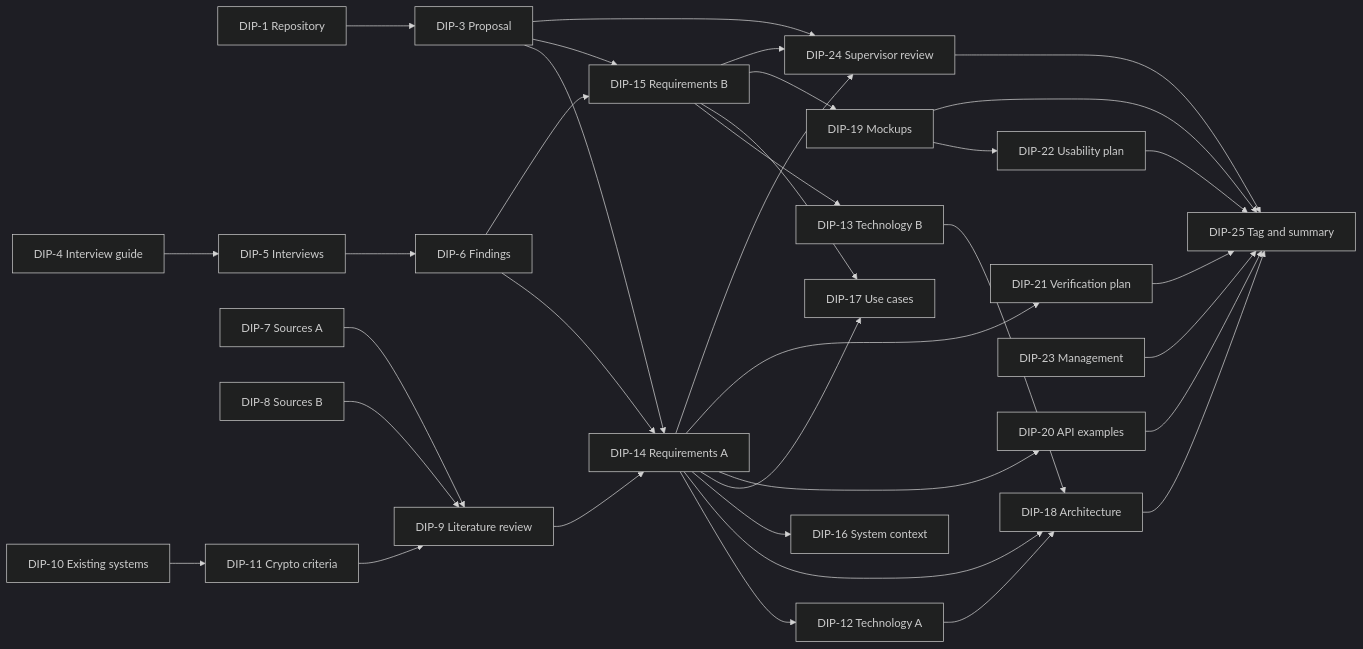
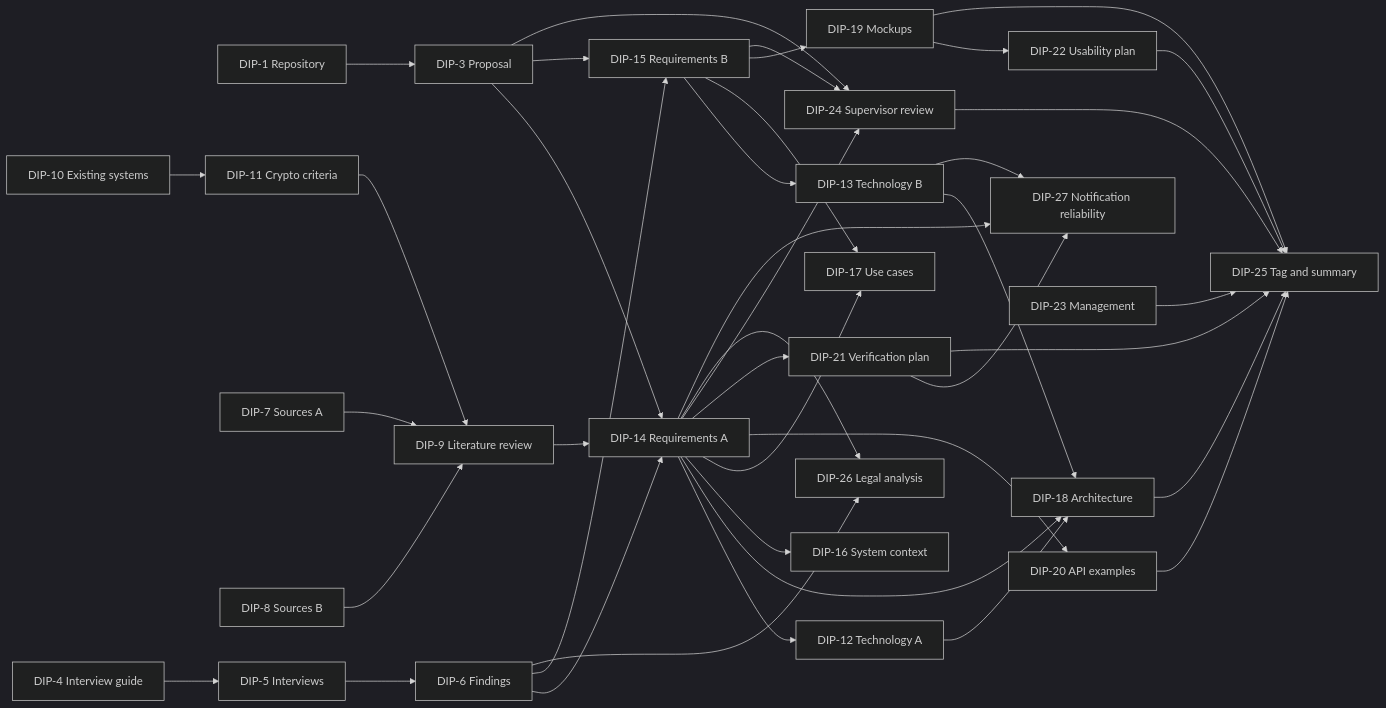
Before and after one commit to alishermede/Development-of-a-Digital-Legacy-Platform-with-a-Hybrid-Activation-Mechanism: the diagram in docs/10-project-management.md, drawn with Mermaid (dark theme). The commit also changed other lines of this file and 5 other files, not shown here.

Commit message:
DIP-24: Process supervisor feedback round 1 (new aim, legal analysis and notification reliability tasks, measurable criteria, task register)

````diff
--- a/docs/10-project-management.md
+++ b/docs/10-project-management.md
@@ -77,37 +115,42 @@
 ```mermaid
 flowchart LR
     D1["DIP-1 Repository"] --> D3["DIP-3 Proposal"]
     D3 --> D14["DIP-14 Requirements A"]
     D3 --> D15["DIP-15 Requirements B"]
     D4["DIP-4 Interview guide"] --> D5["DIP-5 Interviews"]
     D5 --> D6["DIP-6 Findings"]
     D6 --> D14
     D6 --> D15
     D7["DIP-7 Sources A"] --> D9["DIP-9 Literature review"]
     D8["DIP-8 Sources B"] --> D9
     D10["DIP-10 Existing systems"] --> D11["DIP-11 Crypto criteria"]
     D11 --> D9
     D9 --> D14
     D14 --> D12["DIP-12 Technology A"]
     D15 --> D13["DIP-13 Technology B"]
     D12 --> D18["DIP-18 Architecture"]
     D13 --> D18
     D14 --> D18
     D14 --> D16["DIP-16 System context"]
     D14 --> D17["DIP-17 Use cases"]
     D15 --> D17
     D15 --> D19["DIP-19 Mockups"]
     D14 --> D20["DIP-20 API examples"]
     D14 --> D21["DIP-21 Verification plan"]
     D19 --> D22["DIP-22 Usability plan"]
     D14 --> D24["DIP-24 Supervisor review"]
     D15 --> D24
     D3 --> D24
+    D14 --> D26["DIP-26 Legal analysis"]
+    D6 --> D26
+    D13 --> D27["DIP-27 Notification reliability"]
+    D14 --> D27
+    D21 --> D27
     D18 --> D25["DIP-25 Tag and summary"]
     D19 --> D25
     D20 --> D25
     D21 --> D25
     D22 --> D25
     D23["DIP-23 Management"] --> D25
     D24 --> D25
 ```
````
